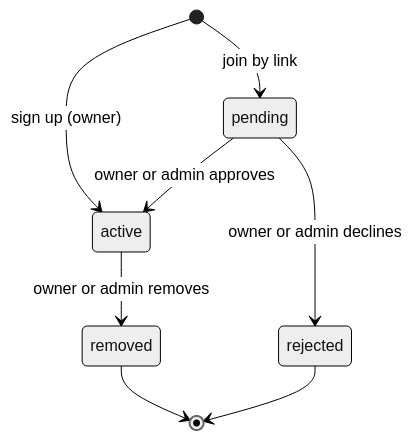
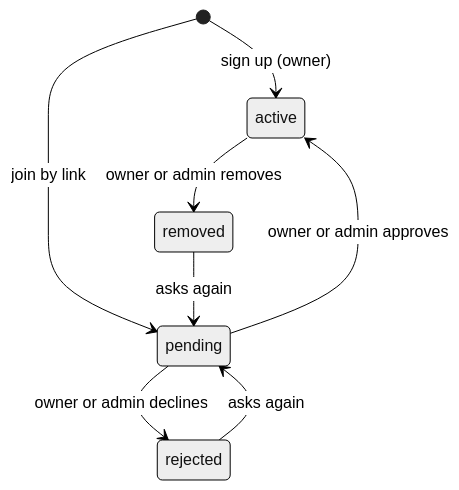
Before and after one commit to rajgurung/collaboration_tool: the fifth of 9 diagrams in docs/flows/accounts.md, drawn with Mermaid (neutral theme). The commit also changed other lines of this file and 4 other files, not shown here.

````diff
--- a/docs/flows/accounts.md
+++ b/docs/flows/accounts.md
@@ -172,10 +220,10 @@
 ```mermaid
 stateDiagram-v2
     [*] --> active: sign up (owner)
     [*] --> pending: join by link
     pending --> active: owner or admin approves
     pending --> rejected: owner or admin declines
     active --> removed: owner or admin removes
-    rejected --> [*]
-    removed --> [*]
+    rejected --> pending: asks again
+    removed --> pending: asks again
 ```
````
